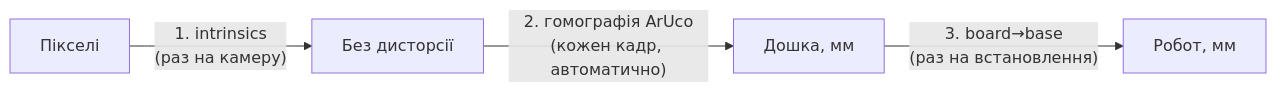
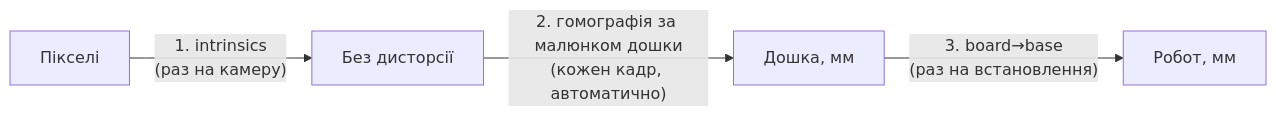
The diagram in docs/calibration.md (olenakshyk/RootBot), drawn with Mermaid before and after one commit. The commit also changed other lines of this file and 16 other files, not shown here.

````diff
--- a/docs/calibration.md
+++ b/docs/calibration.md
@@ -5,6 +5,6 @@
 ```mermaid
 flowchart LR
     PX[Пікселі] -- "1. intrinsics<br/>(раз на камеру)" --> UND[Без дисторсії]
-    UND -- "2. гомографія ArUco<br/>(кожен кадр, автоматично)" --> BRD[Дошка, мм]
+    UND -- "2. гомографія за малюнком дошки<br/>(кожен кадр, автоматично)" --> BRD[Дошка, мм]
     BRD -- "3. board→base<br/>(раз на встановлення)" --> BASE[Робот, мм]
 ```
````
